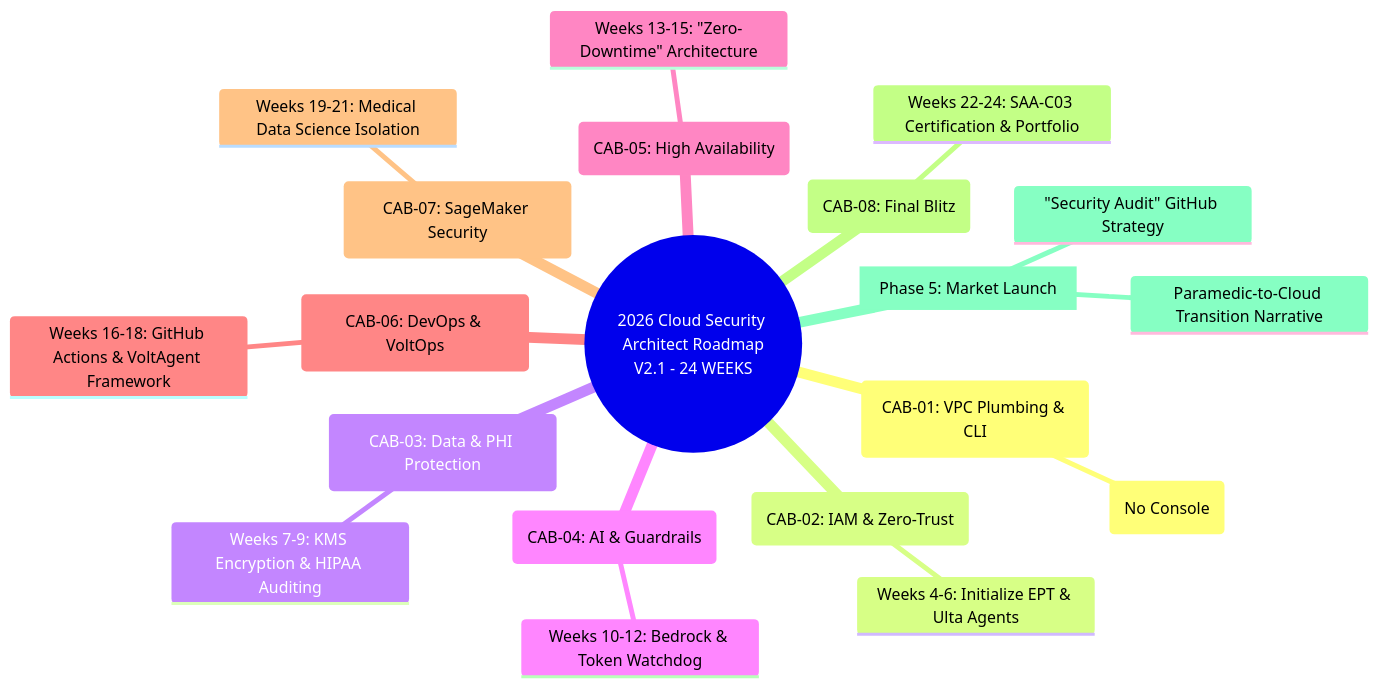
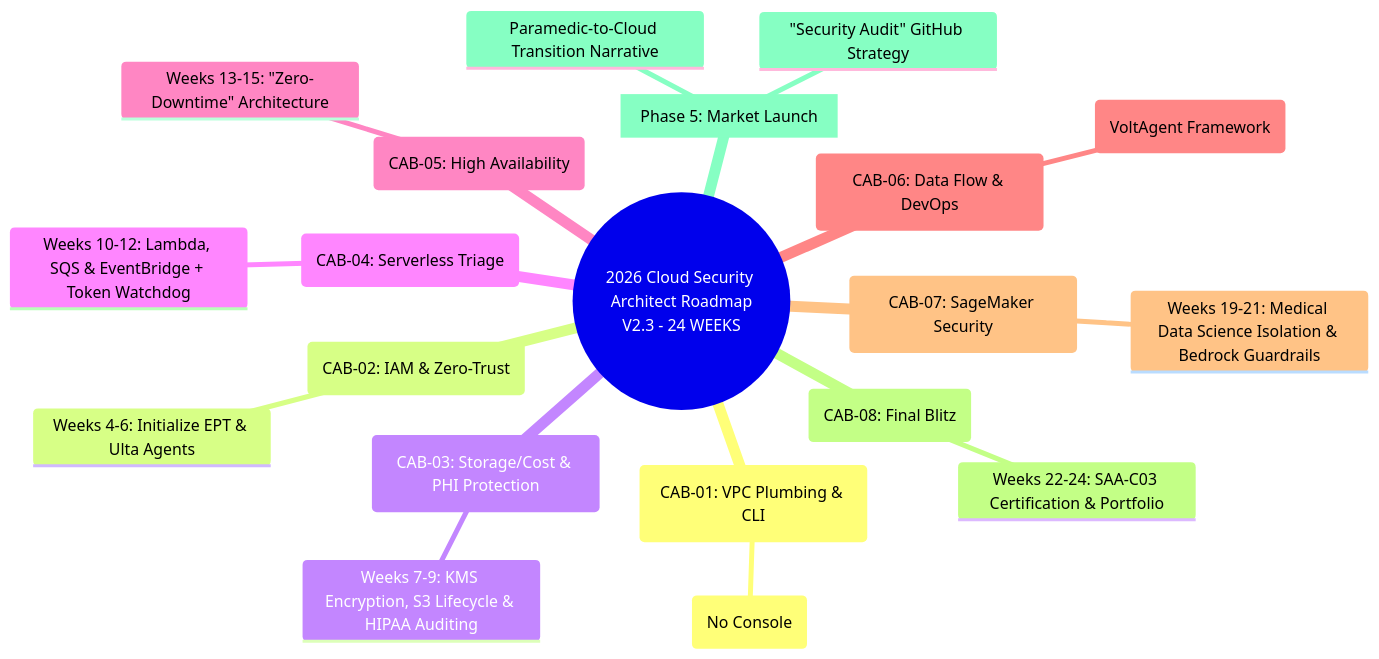
The diagram in MINDMAP.md (2SMOGss/2026-Cloud-Security-Architect-Roadmap), drawn with Mermaid before and after one commit.

Commit message:
docs: reconcile mindmap with roadmap-v3.2.md, standardize on V2.3

````diff
--- a/MINDMAP.md
+++ b/MINDMAP.md
@@ -1,32 +1,32 @@
 ```mermaid
 mindmap
-  root((2026 Cloud Security Architect Roadmap<br/>V2.1 - 24 WEEKS))
+  root((2026 Cloud Security Architect Roadmap<br/>V2.3 - 24 WEEKS))
     (CAB-01: VPC Plumbing & CLI)
       ::icon(fa fa-terminal)
       Weeks 1-3: 3-Tier VPC via Bash (No Console)
     (CAB-02: IAM & Zero-Trust)
       ::icon(fa fa-shield-halved)
       Weeks 4-6: Initialize EPT & Ulta Agents
-    (CAB-03: Data & PHI Protection)
+    (CAB-03: Storage/Cost & PHI Protection)
       ::icon(fa fa-lock)
-      Weeks 7-9: KMS Encryption & HIPAA Auditing
-    (CAB-04: AI & Guardrails)
-      ::icon(fa fa-robot)
-      Weeks 10-12: Bedrock & Token Watchdog
+      Weeks 7-9: KMS Encryption, S3 Lifecycle & HIPAA Auditing
+    (CAB-04: Serverless Triage)
+      ::icon(fa fa-bolt)
+      Weeks 10-12: Lambda, SQS & EventBridge + Token Watchdog
     (CAB-05: High Availability)
       ::icon(fa fa-server)
       Weeks 13-15: "Zero-Downtime" Architecture
-    (CAB-06: DevOps & VoltOps)
+    (CAB-06: Data Flow & DevOps)
       ::icon(fa fa-code-commit)
-      Weeks 16-18: GitHub Actions & VoltAgent Framework
+      Weeks 16-18: Kinesis, Glue ETL & GitHub Actions (VoltAgent Framework)
     (CAB-07: SageMaker Security)
       ::icon(fa fa-brain)
-      Weeks 19-21: Medical Data Science Isolation
+      Weeks 19-21: Medical Data Science Isolation & Bedrock Guardrails
     (CAB-08: Final Blitz)
       ::icon(fa fa-certificate)
       Weeks 22-24: SAA-C03 Certification & Portfolio
     [Phase 5: Market Launch]
       ::icon(fa fa-rocket)
       Paramedic-to-Cloud Transition Narrative
       "Security Audit" GitHub Strategy
 ```
````
